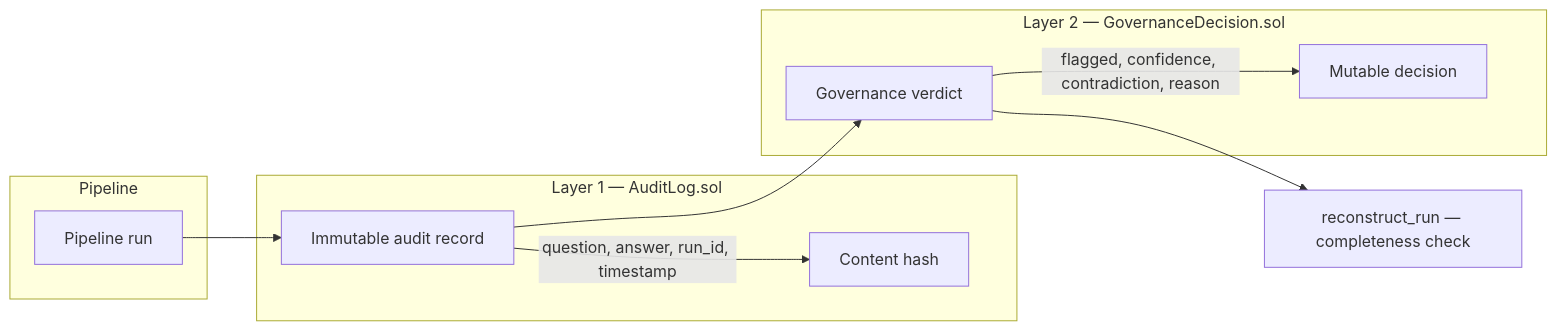
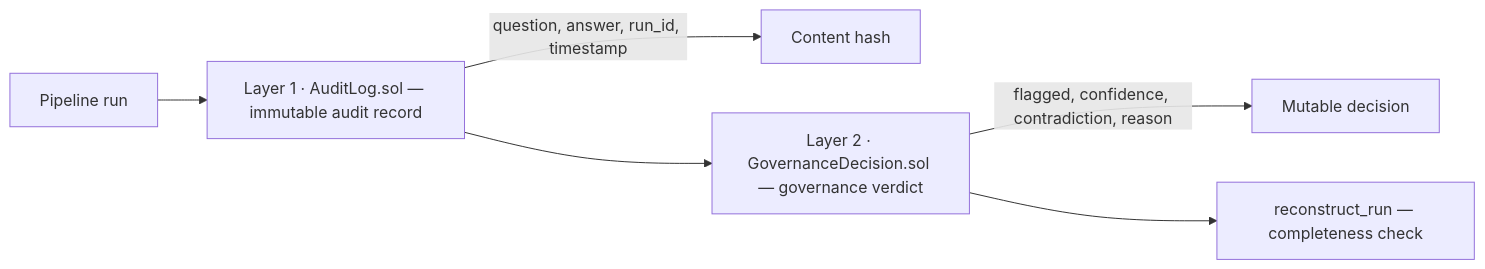
The second of 2 diagrams in README.md (Sharann-del/Bio-Inspired-AI-Hallucination-Suppression), drawn with Mermaid before and after one commit. The commit also changed other lines of this file, not shown here.

````diff
--- a/README.md
+++ b/README.md
@@ -118,20 +108,15 @@
 ```mermaid
 flowchart LR
-    subgraph Pipeline
-        RUN[Pipeline run]
-    end
-
-    subgraph Layer1["Layer 1 — AuditLog.sol"]
-        AR[Immutable audit record]
-        AR --> |question, answer, run_id, timestamp| HASH[Content hash]
-    end
-
-    subgraph Layer2["Layer 2 — GovernanceDecision.sol"]
-        GD[Governance verdict]
-        GD --> |flagged, confidence, contradiction, reason| VER[Mutable decision]
-    end
+    RUN[Pipeline run]
+    AR[Layer 1 · AuditLog.sol — immutable audit record]
+    HASH[Content hash]
+    GD[Layer 2 · GovernanceDecision.sol — governance verdict]
+    VER[Mutable decision]
+    REC[reconstruct_run — completeness check]
 
     RUN --> AR
+    AR --> |question, answer, run_id, timestamp| HASH
     AR --> GD
-    GD --> REC[reconstruct_run — completeness check]
+    GD --> |flagged, confidence, contradiction, reason| VER
+    GD --> REC
 ```
````
